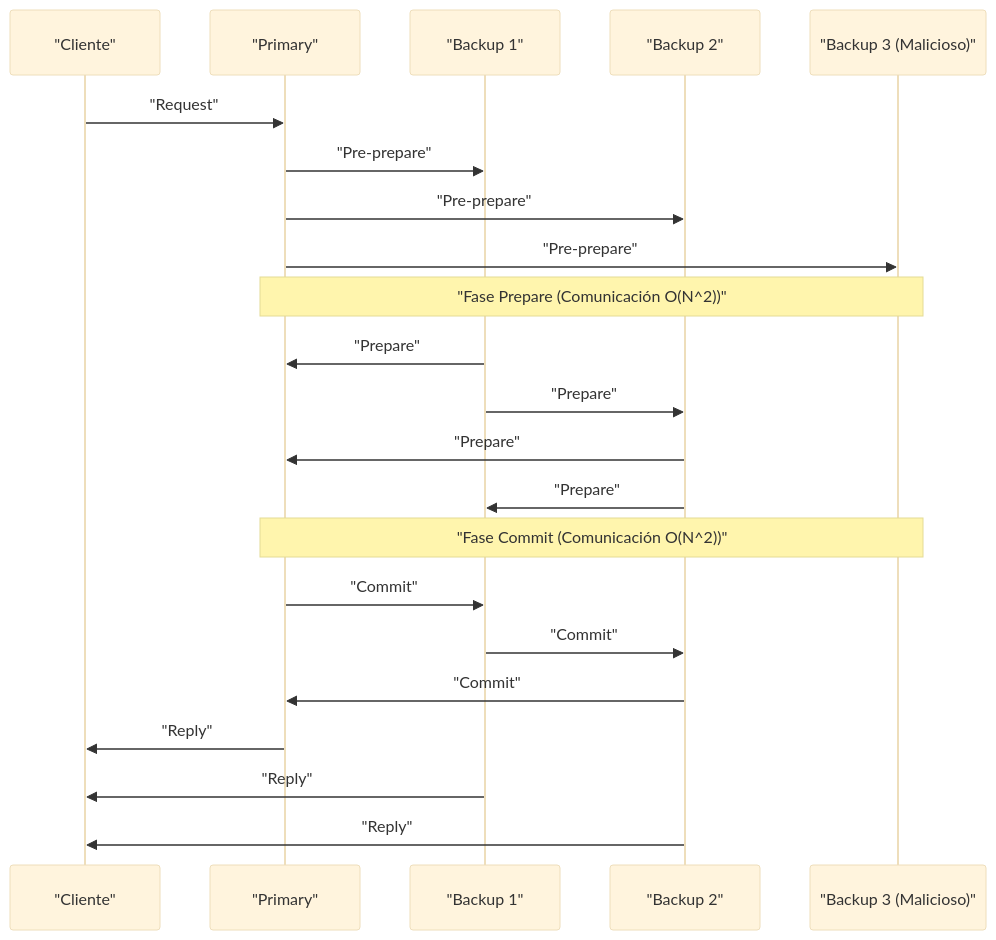
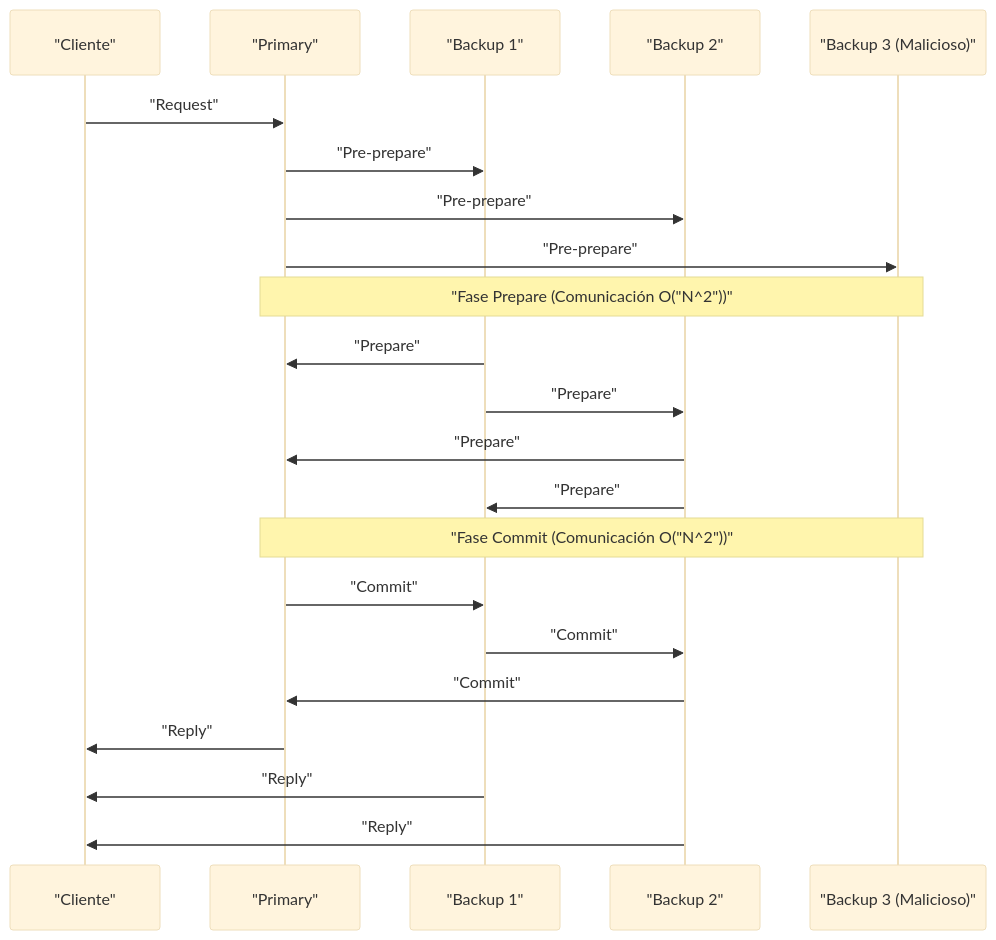
One commit to kenjinote/blog changed the third of 3 diagrams in content/post/byzantine-generals-problem-consensus/index.es.md. Above: the diagram before and after it, drawn with Mermaid (base theme). The commit also changed 929 other files, not shown here.

Commit message:
fix: Add double quotes to all Mermaid node texts to resolve syntax errors

````diff
--- a/content/post/byzantine-generals-problem-consensus/index.es.md
+++ b/content/post/byzantine-generals-problem-consensus/index.es.md
@@ -242,28 +242,28 @@
 ```mermaid
 sequenceDiagram
     participant C as "Cliente"
     participant P as "Primary"
     participant B1 as "Backup 1"
     participant B2 as "Backup 2"
     participant B3 as "Backup 3 (Malicioso)"
 
     C->>P: "Request"
     P->>B1: "Pre-prepare"
     P->>B2: "Pre-prepare"
     P->>B3: "Pre-prepare"
     
-    Note over P,B3: "Fase Prepare (Comunicación O(N^2))"
+    Note over P,B3: "Fase Prepare (Comunicación O("N^2"))"
     B1->>P: "Prepare"
     B1->>B2: "Prepare"
     B2->>P: "Prepare"
     B2->>B1: "Prepare"
     
-    Note over P,B3: "Fase Commit (Comunicación O(N^2))"
+    Note over P,B3: "Fase Commit (Comunicación O("N^2"))"
     P->>B1: "Commit"
     B1->>B2: "Commit"
     B2->>P: "Commit"
     
     P->>C: "Reply"
     B1->>C: "Reply"
     B2->>C: "Reply"
 ```
````
